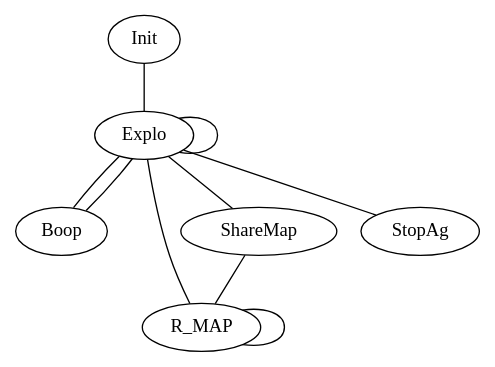
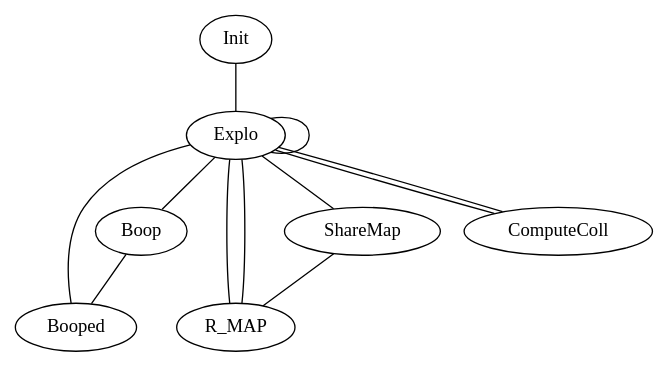
Before and after one commit to EliasGit2017/MAS-equal-ressources-collect-problem: the diagram in fsmb.dot, drawn with Graphviz. The commit also changed 12 other files, not shown here.

```diff
--- a/fsmb.dot
+++ b/fsmb.dot
@@ -1,19 +1,22 @@
 graph g{
         Init
         Boop
+        Booped
         ShareMap
         R_MAP
         Explo
-        StopAg
+        ComputeColl
 
         Init -- Explo
         Explo -- Explo
         Explo -- Boop
+        Boop -- Booped
+        Booped -- Explo
         Explo -- ShareMap
-        Boop -- Explo
         ShareMap -- R_MAP
-        R_MAP -- R_MAP
         R_MAP -- Explo
-        Explo -- StopAg
+        Explo -- R_MAP
+        Explo -- ComputeColl
+        ComputeColl -- Explo
 
 }
```
